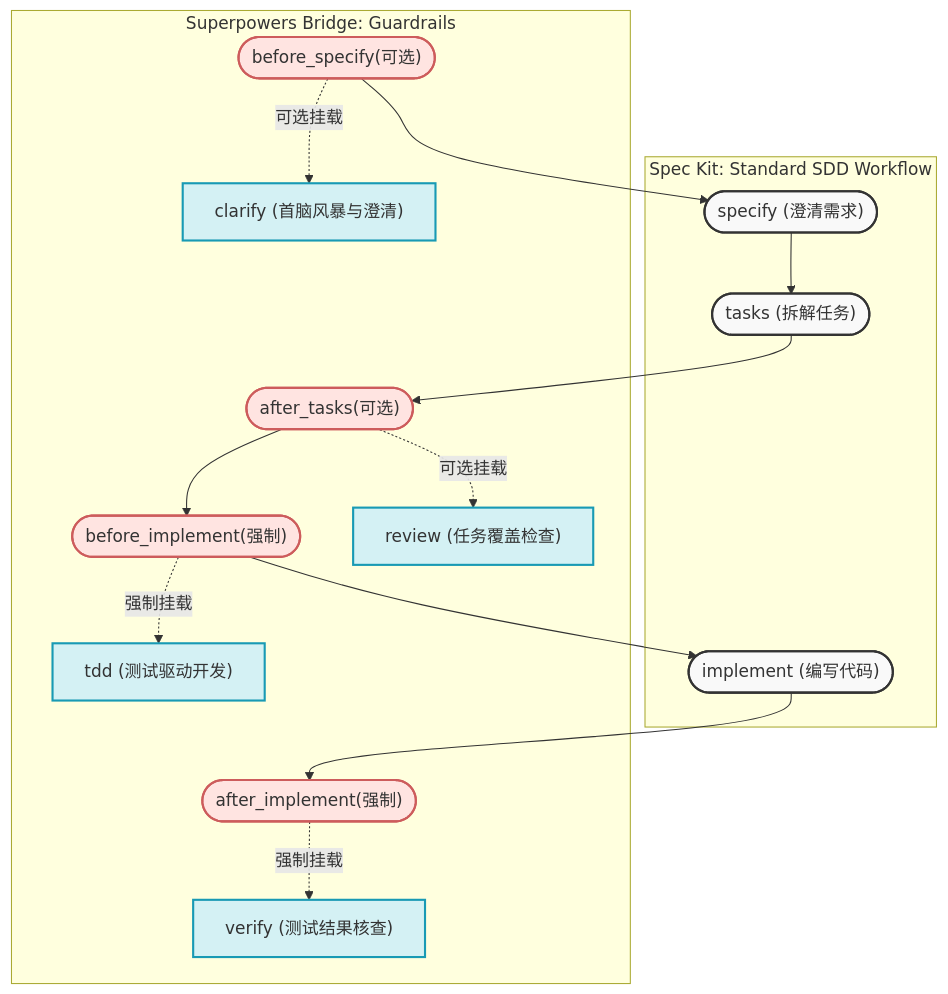
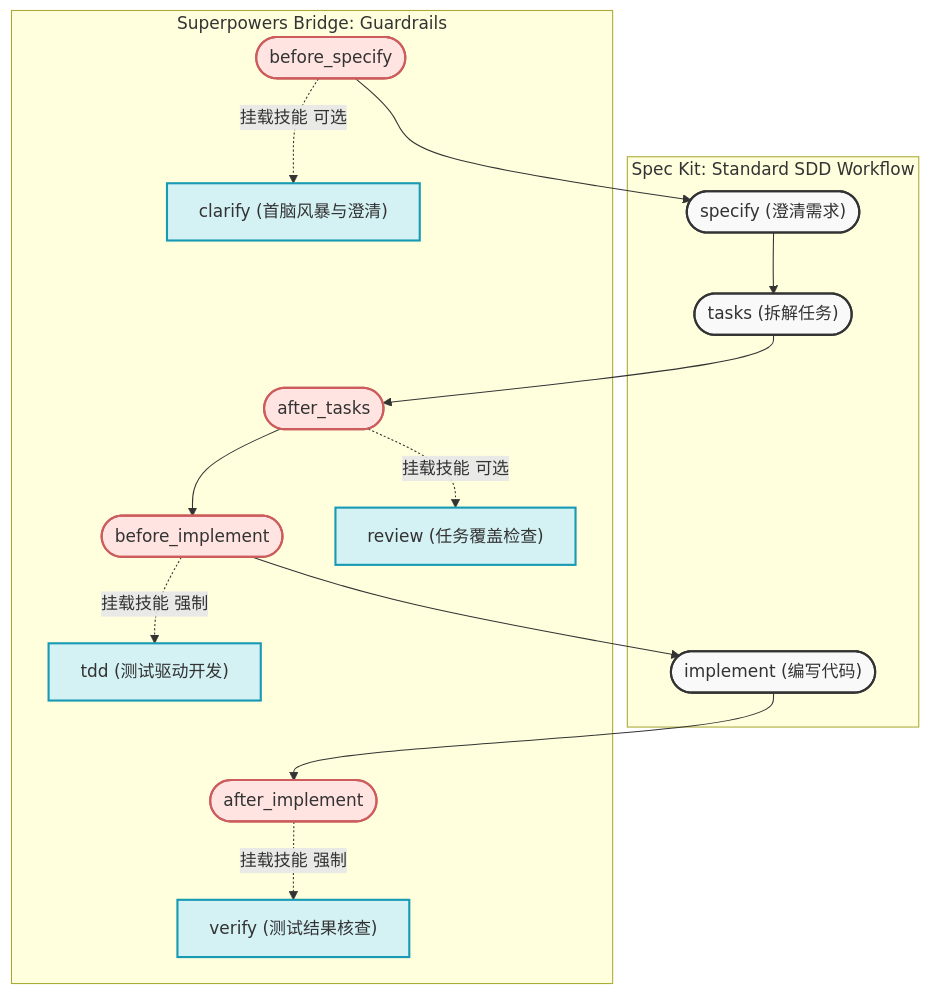
The diagram in _posts/2026-03-30-superpowers-bridge-spec-kit.md (RbBtSn0w/rbbtsn0w.github.io), drawn with Mermaid before and after one commit.

Commit message:
docs(blog): move optional/mandatory labels to hook mounting edges in diagram

````diff
--- a/_posts/2026-03-30-superpowers-bridge-spec-kit.md
+++ b/_posts/2026-03-30-superpowers-bridge-spec-kit.md
@@ -37,36 +37,36 @@
 ```mermaid
 flowchart TD
     classDef workflow fill:#f9f9f9,stroke:#333,stroke-width:2px
     classDef hook fill:#ffe4e1,stroke:#cd5c5c,stroke-width:2px
     classDef skill fill:#d4f1f4,stroke:#189ab4,stroke-width:2px
 
     subgraph spec_workflow [Spec Kit: Standard SDD Workflow]
         S(["specify (澄清需求)"]):::workflow
         T(["tasks (拆解任务)"]):::workflow
         I(["implement (编写代码)"]):::workflow
     end
 
     subgraph superpowers_bridge [Superpowers Bridge: Guardrails]
-        B_S(["before_specify(可选)"]):::hook
-        A_T(["after_tasks(可选)"]):::hook
-        B_I(["before_implement(强制)"]):::hook
-        A_I(["after_implement(强制)"]):::hook
+        B_S(["before_specify"]):::hook
+        A_T(["after_tasks"]):::hook
+        B_I(["before_implement"]):::hook
+        A_I(["after_implement"]):::hook
 
         C["clarify (首脑风暴与澄清)"]:::skill
         R["review (任务覆盖检查)"]:::skill
         TDD["tdd (测试驱动开发)"]:::skill
         V["verify (测试结果核查)"]:::skill
         
-        B_S -.->|可选挂载| C
-        A_T -.->|可选挂载| R
-        B_I -.->|强制挂载| TDD
-        A_I -.->|强制挂载| V
+        B_S -.->|挂载技能 可选| C
+        A_T -.->|挂载技能 可选| R
+        B_I -.->|挂载技能 强制| TDD
+        A_I -.->|挂载技能 强制| V
     end
 
     B_S --> S
     S --> T
     T --> A_T
     A_T --> B_I
     B_I --> I
     I --> A_I
 ```
````
